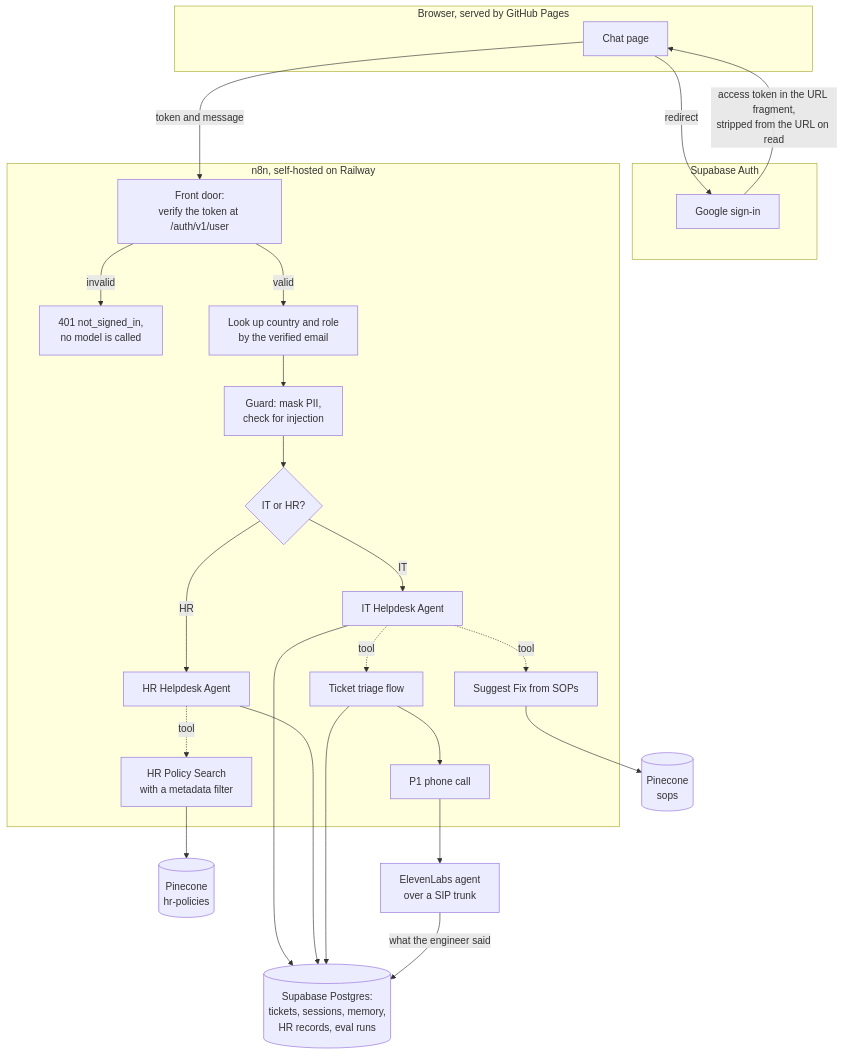
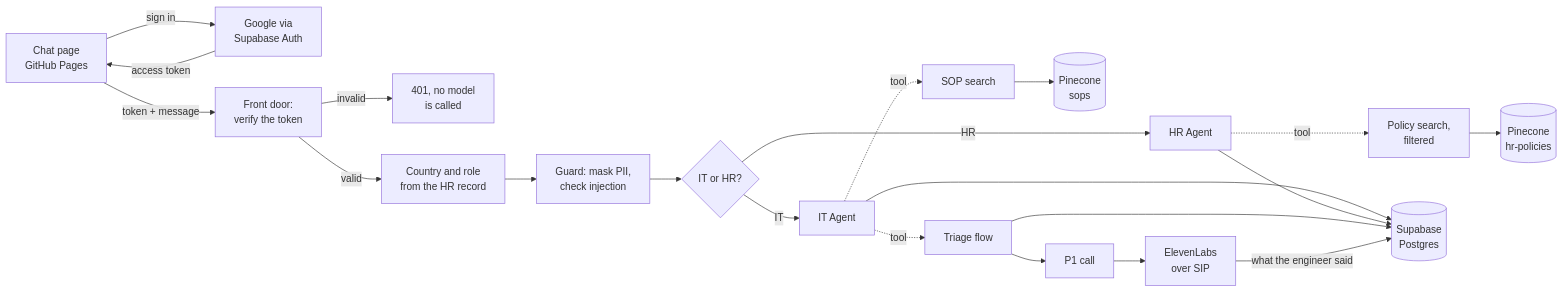
Before and after one commit to kumar623/n8n_triage: the first of 5 diagrams in README.md, drawn with Mermaid.

Commit message:
Flatten the system overview diagram so GitHub renders all of it
Nested subgraphs with flowchart TB made the diagram taller than the
container GitHub gives a mermaid block, so everything below the first
box was clipped. Same content, laid out left to right without
subgraphs.

````diff
--- a/README.md
+++ b/README.md
@@ -48,34 +48,19 @@
 ```mermaid
-flowchart TB
-    subgraph br["Browser, served by GitHub Pages"]
-        PG["Chat page"]
-    end
-    subgraph sb["Supabase Auth"]
-        GO["Google sign-in"]
-    end
-    PG -->|"redirect"| GO
-    GO -->|"access token in the URL fragment,<br/>stripped from the URL on read"| PG
-    PG -->|"token and message"| FD
-
-    subgraph n8n["n8n, self-hosted on Railway"]
-        FD["Front door:<br/>verify the token at /auth/v1/user"]
-        FD -->|"invalid"| X401["401 not_signed_in,<br/>no model is called"]
-        FD -->|"valid"| ROLE["Look up country and role<br/>by the verified email"]
-        ROLE --> GRD["Guard: mask PII,<br/>check for injection"]
-        GRD --> RT{"IT or HR?"}
-        RT -->|"IT"| ITA["IT Helpdesk Agent"]
-        RT -->|"HR"| HRA["HR Helpdesk Agent"]
-        ITA -. tool .-> SOP["Suggest Fix from SOPs"]
-        HRA -. tool .-> POL["HR Policy Search<br/>with a metadata filter"]
-        ITA -. tool .-> TRI["Ticket triage flow"]
-        TRI --> PH["P1 phone call"]
-    end
-
-    SOP --> PCS[("Pinecone<br/>sops")]
-    POL --> PCH[("Pinecone<br/>hr-policies")]
-    ITA --> DB[("Supabase Postgres:<br/>tickets, sessions, memory,<br/>HR records, eval runs")]
+flowchart LR
+    PG["Chat page<br/>GitHub Pages"] -->|"sign in"| GO["Google via<br/>Supabase Auth"]
+    GO -->|"access token"| PG
+    PG -->|"token + message"| FD["Front door:<br/>verify the token"]
+    FD -->|"invalid"| X401["401, no model<br/>is called"]
+    FD -->|"valid"| ROLE["Country and role<br/>from the HR record"]
+    ROLE --> GRD["Guard: mask PII,<br/>check injection"]
+    GRD --> RT{"IT or HR?"}
+    RT -->|IT| ITA["IT Agent"]
+    RT -->|HR| HRA["HR Agent"]
+    ITA -. tool .-> SOP["SOP search"] --> PCS[("Pinecone<br/>sops")]
+    HRA -. tool .-> POL["Policy search,<br/>filtered"] --> PCH[("Pinecone<br/>hr-policies")]
+    ITA -. tool .-> TRI["Triage flow"] --> PH["P1 call"] --> EL["ElevenLabs<br/>over SIP"]
+    ITA --> DB[("Supabase<br/>Postgres")]
     HRA --> DB
     TRI --> DB
-    PH --> EL["ElevenLabs agent<br/>over a SIP trunk"]
     EL -->|"what the engineer said"| DB
 ```
````
